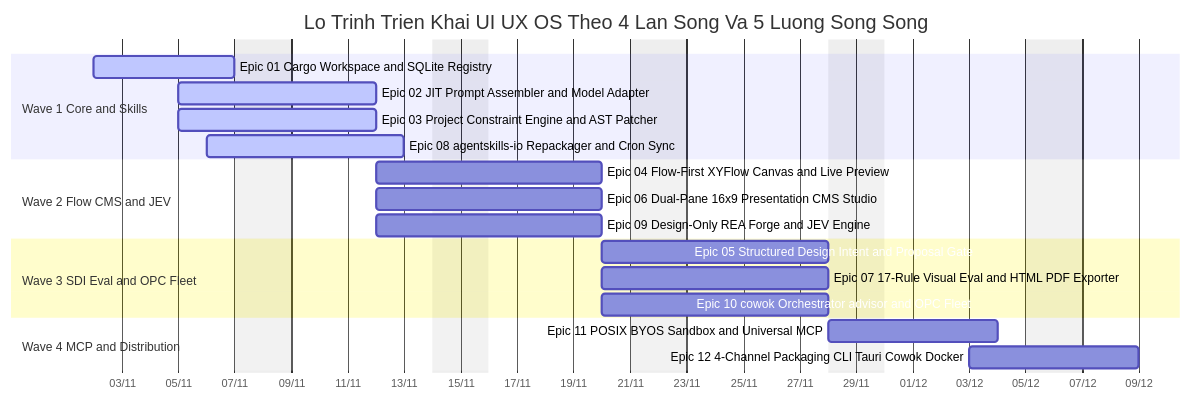
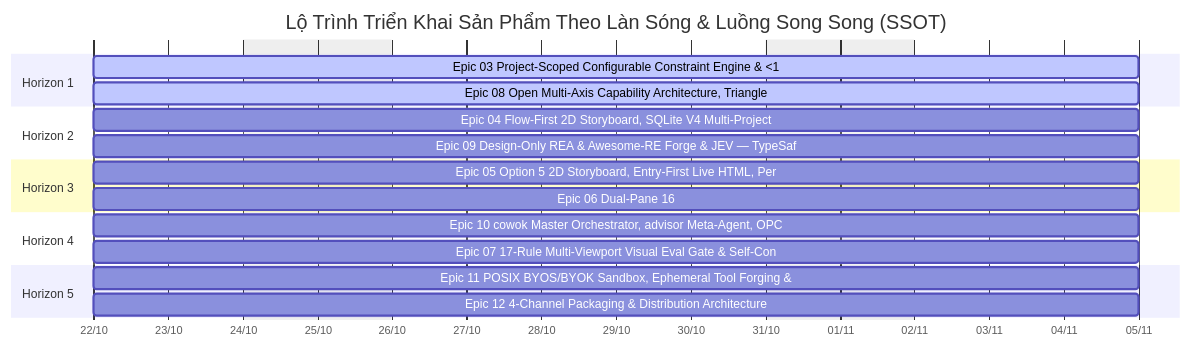
One commit to Nam123321/cowok-design changed the second of 2 diagrams in _iwish-output/3. Development/development-roadmap.md. Above: the diagram before and after it, drawn with Mermaid. The commit also changed other lines of this file and 61 other files, not shown here.

````diff
--- a/_iwish-output/3. Development/development-roadmap.md
+++ b/_iwish-output/3. Development/development-roadmap.md
@@ -169,27 +134,23 @@
 ```mermaid
 gantt
-    title Lo Trinh Trien Khai UI UX OS Theo 4 Lan Song Va 5 Luong Song Song
+    title Lộ Trình Triển Khai Sản Phẩm Theo Làn Sóng & Luồng Song Song (SSOT)
     dateFormat  YYYY-MM-DD
     axisFormat  %d/%m
     excludes    weekends
 
-    section Wave 1 Core and Skills
-    Epic 01 Cargo Workspace and SQLite Registry :active, e01, 2026-11-02, 5d
-    Epic 02 JIT Prompt Assembler and Model Adapter :active, e02, 2026-11-05, 5d
-    Epic 03 Project Constraint Engine and AST Patcher :active, e03, 2026-11-05, 5d
-    Epic 08 agentskills-io Repackager and Cron Sync :active, e08, 2026-11-06, 5d
-
-    section Wave 2 Flow CMS and JEV
-    Epic 04 Flow-First XYFlow Canvas and Live Preview :e04, 2026-11-12, 6d
-    Epic 06 Dual-Pane 16x9 Presentation CMS Studio :e06, 2026-11-12, 6d
-    Epic 09 Design-Only REA Forge and JEV Engine :e09, 2026-11-12, 6d
-
-    section Wave 3 SDI Eval and OPC Fleet
-    Epic 05 Structured Design Intent and Proposal Gate :e05, 2026-11-20, 6d
-    Epic 07 17-Rule Visual Eval and HTML PDF Exporter :e07, 2026-11-20, 6d
-    Epic 10 cowok Orchestrator advisor and OPC Fleet :e10, 2026-11-20, 6d
-
-    section Wave 4 MCP and Distribution
-    Epic 11 POSIX BYOS Sandbox and Universal MCP :e11, 2026-11-28, 5d
-    Epic 12 4-Channel Packaging CLI Tauri Cowok Docker :e12, 2026-12-03, 4d
+    section Horizon 1
+    Epic 03 Project-Scoped Configurable Constraint Engine & <1 :active, e03, 2026-10-22, 10d
+    Epic 08 Open Multi-Axis Capability Architecture, Triangle  :active, e08, 2026-10-22, 10d
+    section Horizon 2
+    Epic 04 Flow-First 2D Storyboard, SQLite V4 Multi-Project  : e04, 2026-10-22, 10d
+    Epic 09 Design-Only REA & Awesome-RE Forge & JEV — TypeSaf : e09, 2026-10-22, 10d
+    section Horizon 3
+    Epic 05 Option 5 2D Storyboard, Entry-First Live HTML, Per : e05, 2026-10-22, 10d
+    Epic 06 Dual-Pane 16:9 HTML Presentation & Non-Tech CMS Wo : e06, 2026-10-22, 10d
+    section Horizon 4
+    Epic 10 cowok Master Orchestrator, advisor Meta-Agent, OPC : e10, 2026-10-22, 10d
+    Epic 07 17-Rule Multi-Viewport Visual Eval Gate & Self-Con : e07, 2026-10-22, 10d
+    section Horizon 5
+    Epic 11 POSIX BYOS/BYOK Sandbox, Ephemeral Tool Forging &  : e11, 2026-10-22, 10d
+    Epic 12 4-Channel Packaging & Distribution Architecture : e12, 2026-10-22, 10d
 ```
````
